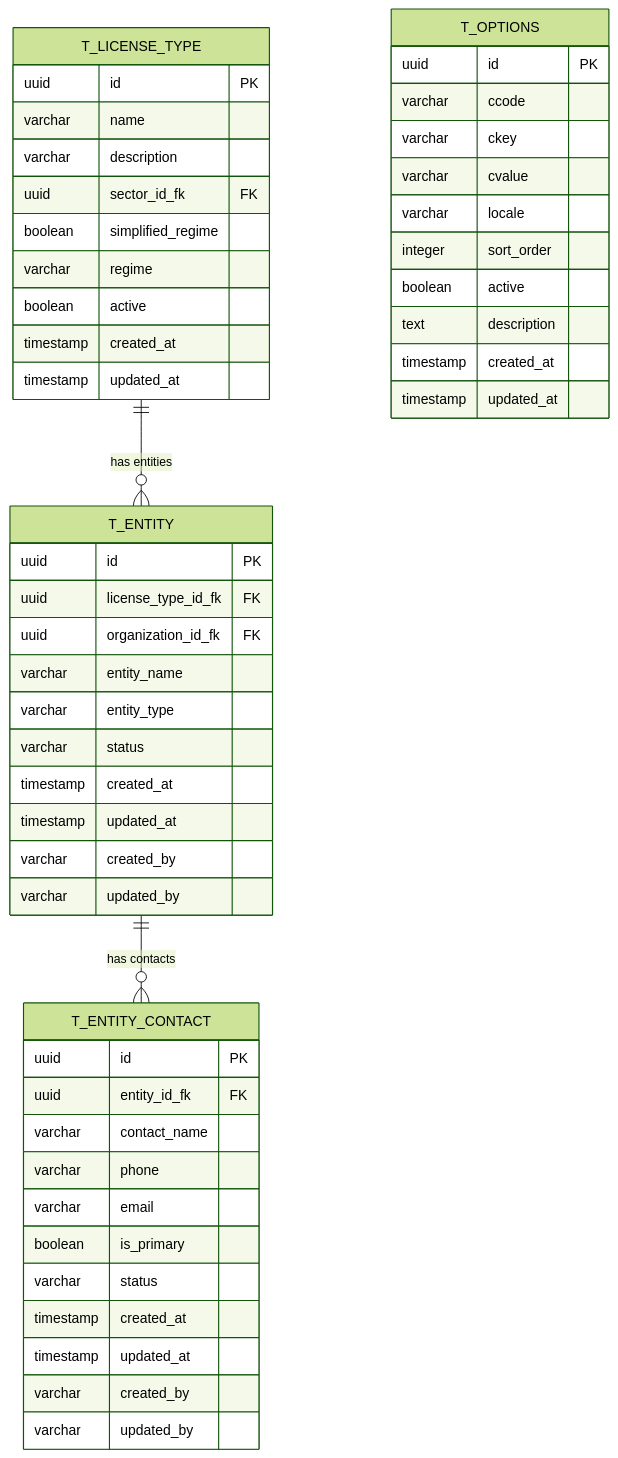
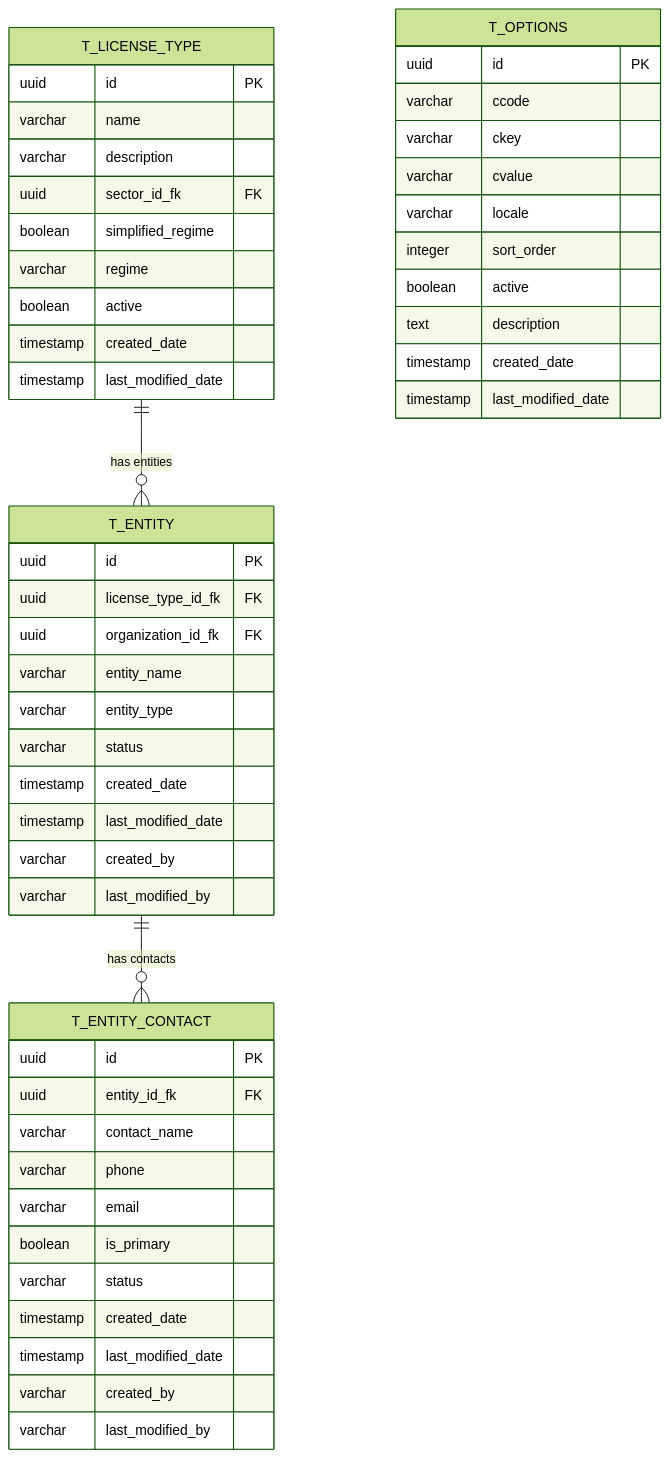
Before and after one commit to TA-Digital-CV/licenciamento-backend: the diagram in .trae/documents/PR01.03-BE-LIC-Dossier-Tipo-Licenca-Entidades.md, drawn with Mermaid (forest theme). The commit also changed other lines of this file and 16 other files, not shown here.

First line of the commit message:
refactor(database): standardize timestamp column names to created_date and last_modified_date

````diff
--- a/.trae/documents/PR01.03-BE-LIC-Dossier-Tipo-Licenca-Entidades.md
+++ b/.trae/documents/PR01.03-BE-LIC-Dossier-Tipo-Licenca-Entidades.md
@@ -25,56 +25,56 @@
 ```mermaid
 erDiagram
     T_LICENSE_TYPE ||--o{ T_ENTITY : "has entities"
     T_ENTITY ||--o{ T_ENTITY_CONTACT : "has contacts"
     T_ENTITY {
         uuid id PK
         uuid license_type_id_fk FK
         uuid organization_id_fk FK
         varchar entity_name
         varchar entity_type
         varchar status
-        timestamp created_at
-        timestamp updated_at
+        timestamp created_date
+        timestamp last_modified_date
         varchar created_by
-        varchar updated_by
+        varchar last_modified_by
     }
 
     T_ENTITY_CONTACT {
         uuid id PK
         uuid entity_id_fk FK
         varchar contact_name
         varchar phone
         varchar email
         boolean is_primary
         varchar status
-        timestamp created_at
-        timestamp updated_at
+        timestamp created_date
+        timestamp last_modified_date
         varchar created_by
-        varchar updated_by
+        varchar last_modified_by
     }
 
     T_LICENSE_TYPE {
         uuid id PK
         varchar name
         varchar description
         uuid sector_id_fk FK
         boolean simplified_regime
         varchar regime
         boolean active
-        timestamp created_at
-        timestamp updated_at
+        timestamp created_date
+        timestamp last_modified_date
     }
 
     T_OPTIONS {
         uuid id PK
         varchar ccode
         varchar ckey
         varchar cvalue
         varchar locale
         integer sort_order
         boolean active
         text description
-        timestamp created_at
-        timestamp updated_at
+        timestamp created_date
+        timestamp last_modified_date
     }
 ```
````
